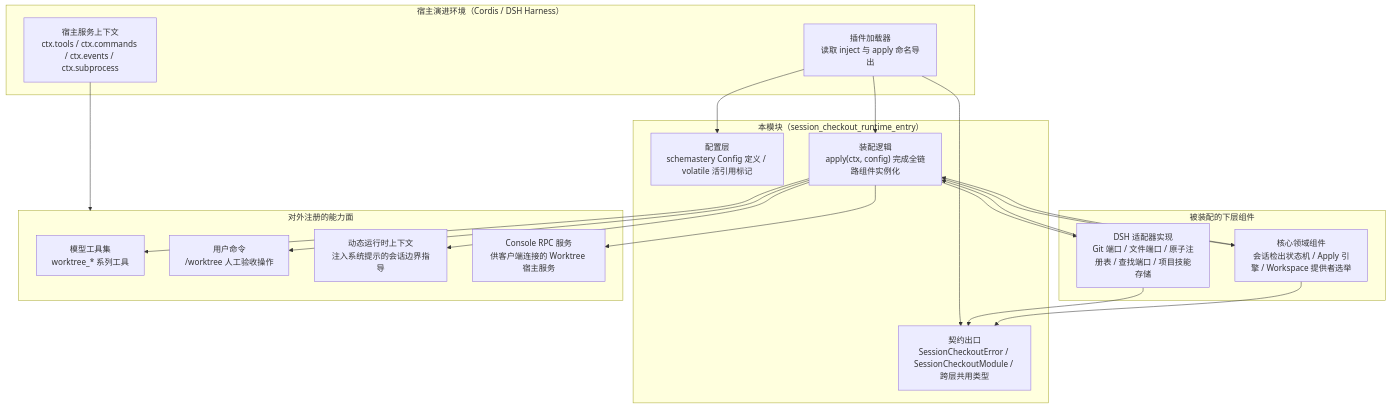
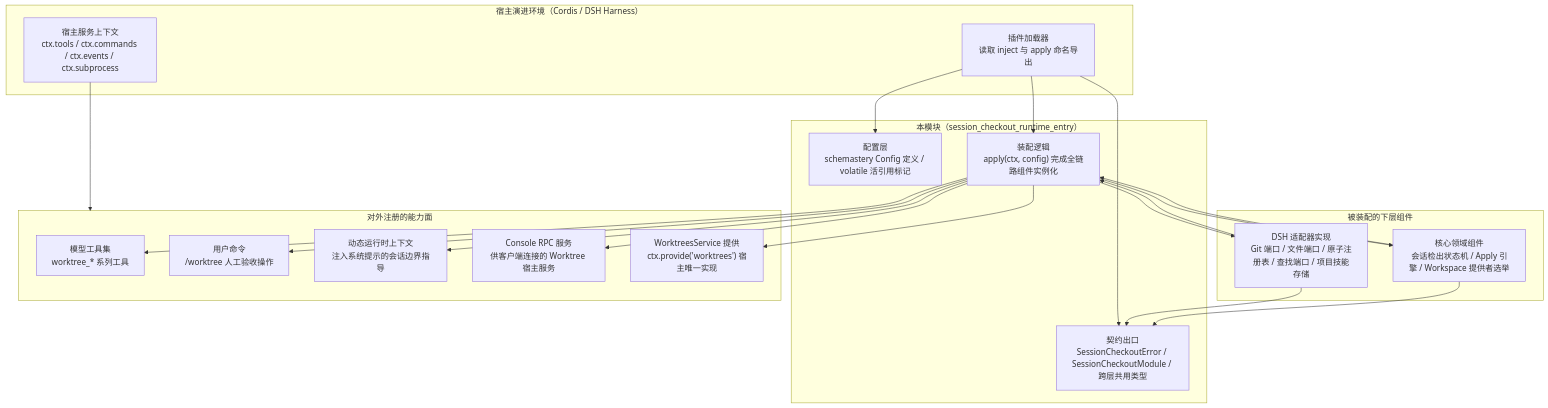
The diagram in .codewiki/_native-state/docs/core_worktree_domain_and_infrastructure/session_checkout_domain/session_checkout_runtime/session_checkout_runtime_entry.md (ikliml666/dsh-git-workspace), drawn with Mermaid before and after one commit. The commit also changed other lines of this file and 60 other files, not shown here.

````diff
--- a/.codewiki/_native-state/docs/core_worktree_domain_and_infrastructure/session_checkout_domain/session_checkout_runtime/session_checkout_runtime_entry.md
+++ b/.codewiki/_native-state/docs/core_worktree_domain_and_infrastructure/session_checkout_domain/session_checkout_runtime/session_checkout_runtime_entry.md
@@ -14,40 +14,42 @@
 ```mermaid
 flowchart TB
     subgraph HOST["宿主演进环境（Cordis / DSH Harness）"]
         LOADER["插件加载器<br/>读取 inject 与 apply 命名导出"]
         CTX["宿主服务上下文<br/>ctx.tools / ctx.commands / ctx.events / ctx.subprocess"]
     end
 
     subgraph ENTRY["本模块（session_checkout_runtime_entry）"]
         CONTRACT["契约出口<br/>SessionCheckoutError / SessionCheckoutModule / 跨层共用类型"]
         CFG["配置层<br/>schemastery Config 定义 / volatile 活引用标记"]
         ASSEMBLE["装配逻辑<br/>apply(ctx, config) 完成全链路组件实例化"]
     end
 
     subgraph DEPS["被装配的下层组件"]
         ADAPTERS["DSH 适配器实现<br/>Git 端口 / 文件端口 / 原子注册表 / 查找端口 / 项目技能存储"]
         DOMAIN["核心领域组件<br/>会话检出状态机 / Apply 引擎 / Workspace 提供者选举"]
     end
 
     subgraph SURFACE["对外注册的能力面"]
         TOOLS["模型工具集<br/>worktree_* 系列工具"]
         CMD["用户命令<br/>/worktree 人工验收操作"]
         RUNTIME_CTX["动态运行时上下文<br/>注入系统提示的会话边界指导"]
         CONSOLE_SVC["Console RPC 服务<br/>供客户端连接的 Worktree 宿主服务"]
+        WT_SVC["WorktreesService 提供<br/>ctx.provide('worktrees') 宿主唯一实现"]
     end
 
     LOADER --> CONTRACT
     LOADER --> CFG
     LOADER --> ASSEMBLE
     CTX --> SURFACE
     ASSEMBLE --> ADAPTERS
     ASSEMBLE --> DOMAIN
     ADAPTERS --> CONTRACT
     DOMAIN --> CONTRACT
     ADAPTERS --> ASSEMBLE
     DOMAIN --> ASSEMBLE
     ASSEMBLE --> TOOLS
     ASSEMBLE --> CMD
     ASSEMBLE --> RUNTIME_CTX
     ASSEMBLE --> CONSOLE_SVC
+    ASSEMBLE --> WT_SVC
 ```
````
